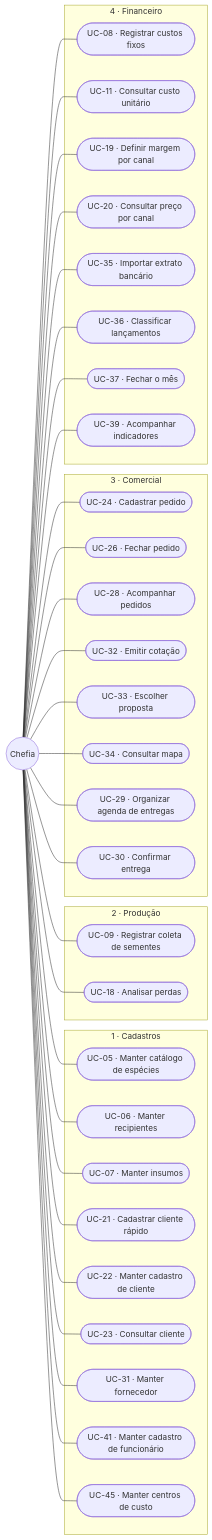
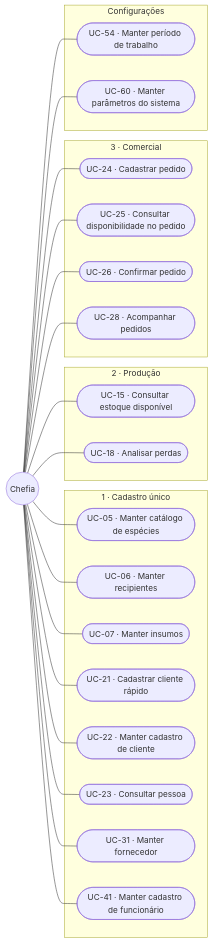
The second of 4 diagrams in docs/engenharia/C-modelagem/C1-diagrama-casos-de-uso.md (JoaoMudar/tcc), drawn with Mermaid before and after one commit. The commit also changed other lines of this file and 1 other file, not shown here.

````diff
--- a/docs/engenharia/C-modelagem/C1-diagrama-casos-de-uso.md
+++ b/docs/engenharia/C-modelagem/C1-diagrama-casos-de-uso.md
@@ -134,71 +117,49 @@
 ```mermaid
 graph LR
   CH(("Chefia"))
 
-  subgraph M1["1 · Cadastros"]
+  subgraph M1["1 · Cadastro único"]
     UC05(["UC-05 · Manter catálogo de espécies"])
     UC06(["UC-06 · Manter recipientes"])
     UC07(["UC-07 · Manter insumos"])
     UC21(["UC-21 · Cadastrar cliente rápido"])
     UC22(["UC-22 · Manter cadastro de cliente"])
-    UC23(["UC-23 · Consultar cliente"])
+    UC23(["UC-23 · Consultar pessoa"])
     UC31(["UC-31 · Manter fornecedor"])
     UC41(["UC-41 · Manter cadastro de funcionário"])
-    UC45(["UC-45 · Manter centros de custo"])
   end
 
   subgraph M2["2 · Produção"]
-    UC09(["UC-09 · Registrar coleta de sementes"])
+    UC15(["UC-15 · Consultar estoque disponível"])
     UC18(["UC-18 · Analisar perdas"])
   end
 
   subgraph M3["3 · Comercial"]
     UC24(["UC-24 · Cadastrar pedido"])
-    UC26(["UC-26 · Fechar pedido"])
+    UC25(["UC-25 · Consultar disponibilidade no pedido"])
+    UC26(["UC-26 · Confirmar pedido"])
     UC28(["UC-28 · Acompanhar pedidos"])
-    UC32(["UC-32 · Emitir cotação"])
-    UC33(["UC-33 · Escolher proposta"])
-    UC34(["UC-34 · Consultar mapa"])
-    UC29(["UC-29 · Organizar agenda de entregas"])
-    UC30(["UC-30 · Confirmar entrega"])
   end
 
-  subgraph M4["4 · Financeiro"]
-    UC08(["UC-08 · Registrar custos fixos"])
-    UC11(["UC-11 · Consultar custo unitário"])
-    UC19(["UC-19 · Definir margem por canal"])
-    UC20(["UC-20 · Consultar preço por canal"])
-    UC35(["UC-35 · Importar extrato bancário"])
-    UC36(["UC-36 · Classificar lançamentos"])
-    UC37(["UC-37 · Fechar o mês"])
-    UC39(["UC-39 · Acompanhar indicadores"])
+  subgraph CFG["Configurações"]
+    UC54(["UC-54 · Manter período de trabalho"])
+    UC60(["UC-60 · Manter parâmetros do sistema"])
   end
 
   CH --- UC05
   CH --- UC06
   CH --- UC07
-  CH --- UC08
-  CH --- UC09
   CH --- UC21
   CH --- UC22
   CH --- UC23
+  CH --- UC31
+  CH --- UC41
+  CH --- UC15
+  CH --- UC18
   CH --- UC24
+  CH --- UC25
   CH --- UC26
   CH --- UC28
-  CH --- UC19
-  CH --- UC20
-  CH --- UC11
-  CH --- UC31
-  CH --- UC41
-  CH --- UC45
-  CH --- UC32
-  CH --- UC33
-  CH --- UC34
-  CH --- UC29
-  CH --- UC30
-  CH --- UC35
-  CH --- UC36
-  CH --- UC37
-  CH --- UC18
-  CH --- UC39
+  CH --- UC54
+  CH --- UC60
 ```
````
